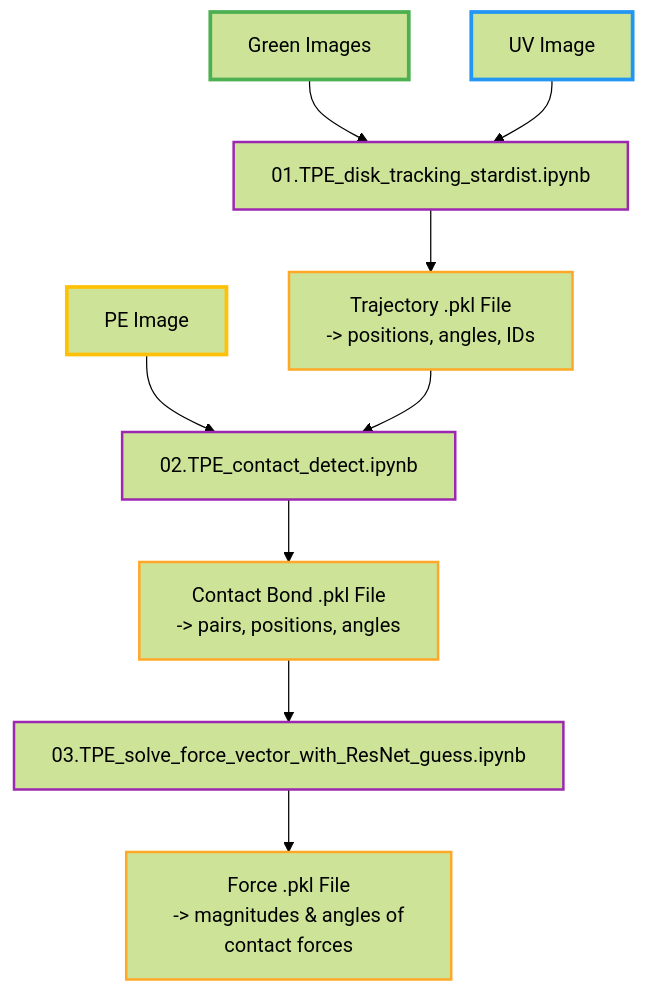
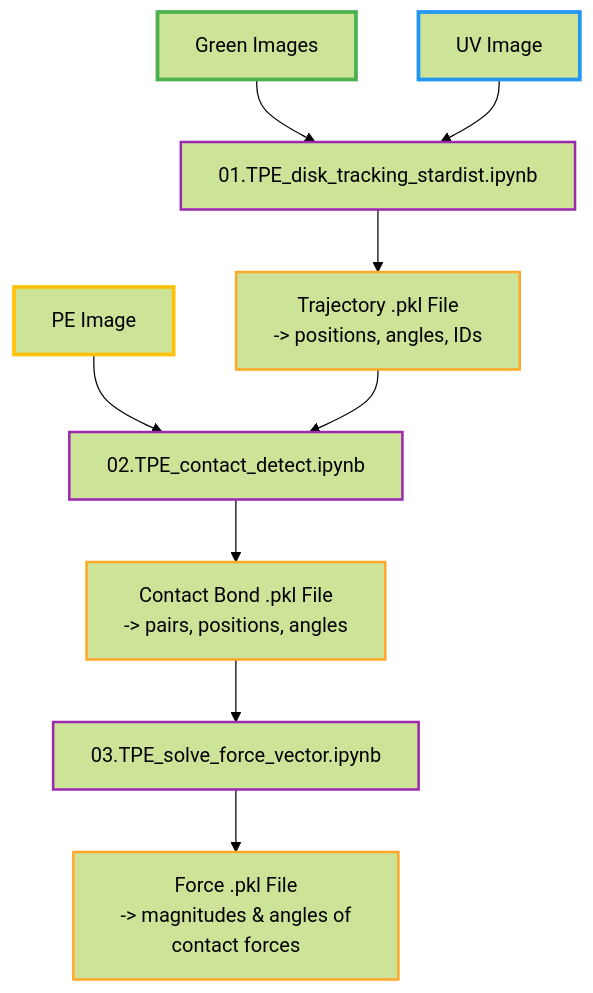
Before and after one commit to linjunJR/TPE_Disk_Image_Processing: the diagram in README.md, drawn with Mermaid (forest theme).

Commit message:
Update notebook filename in README

````diff
--- a/README.md
+++ b/README.md
@@ -9,22 +9,22 @@
 ```mermaid
 
 flowchart TD
     I1[Green Images] --> B[01.TPE_disk_tracking_stardist.ipynb]
     I2[UV Image] --> B
     I3[PE Image] --> D
     B --> C[Trajectory .pkl File<br/> -> positions, angles, IDs]
     C --> D[02.TPE_contact_detect.ipynb]
     D --> E[Contact Bond .pkl File<br/> -> pairs, positions, angles]
-    E --> F[03.TPE_solve_force_vector_with_ResNet_guess.ipynb]
+    E --> F[03.TPE_solve_force_vector.ipynb]
     F --> G[Force .pkl File<br/> -> magnitudes & angles of contact forces]
         
     style I1 stroke:#4CAF50,stroke-width:3px
     style I2 stroke:#2196F3,stroke-width:3px
     style I3 stroke:#FFC107,stroke-width:3px
     style C stroke:#FFA726,stroke-width:2px
     style E stroke:#FFA726,stroke-width:2px
     style G stroke:#FFA726,stroke-width:2px
     style B stroke:#9C27B0,stroke-width:2px
     style D stroke:#9C27B0,stroke-width:2px
     style F stroke:#9C27B0,stroke-width:2px
 ```
````
